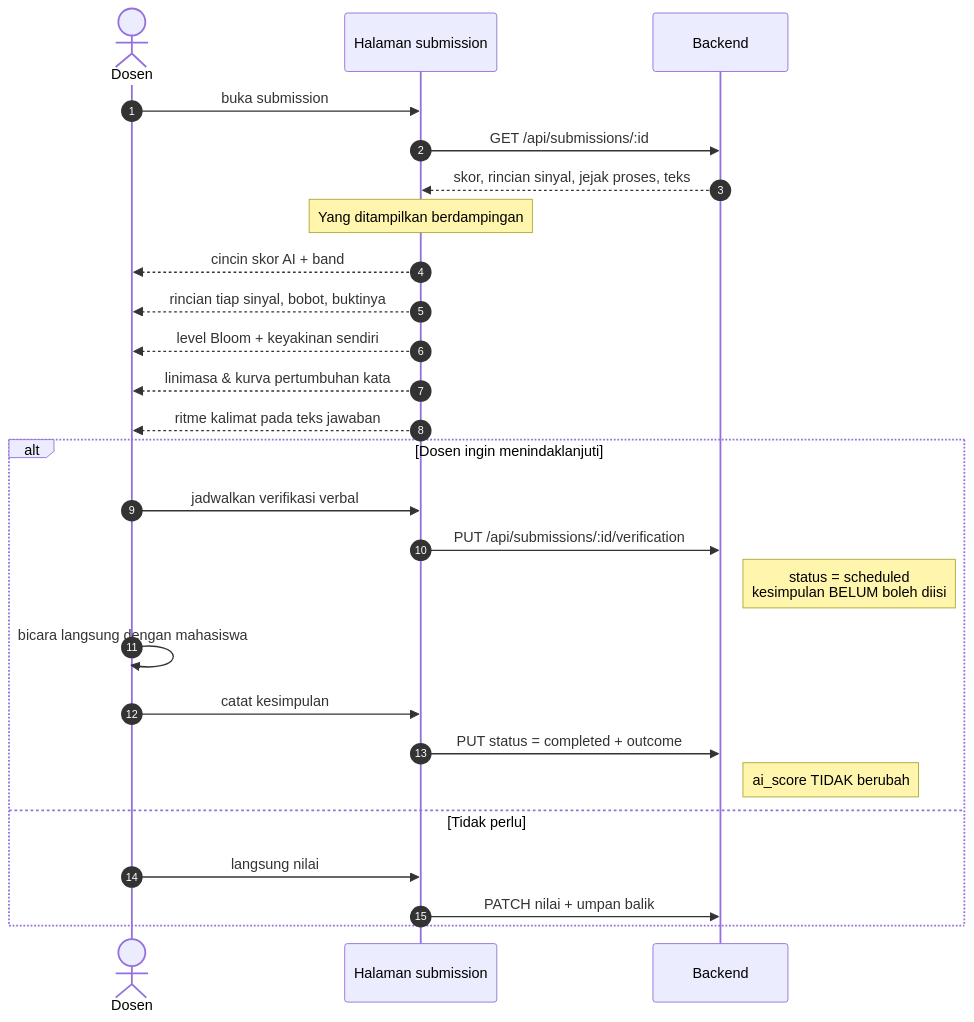
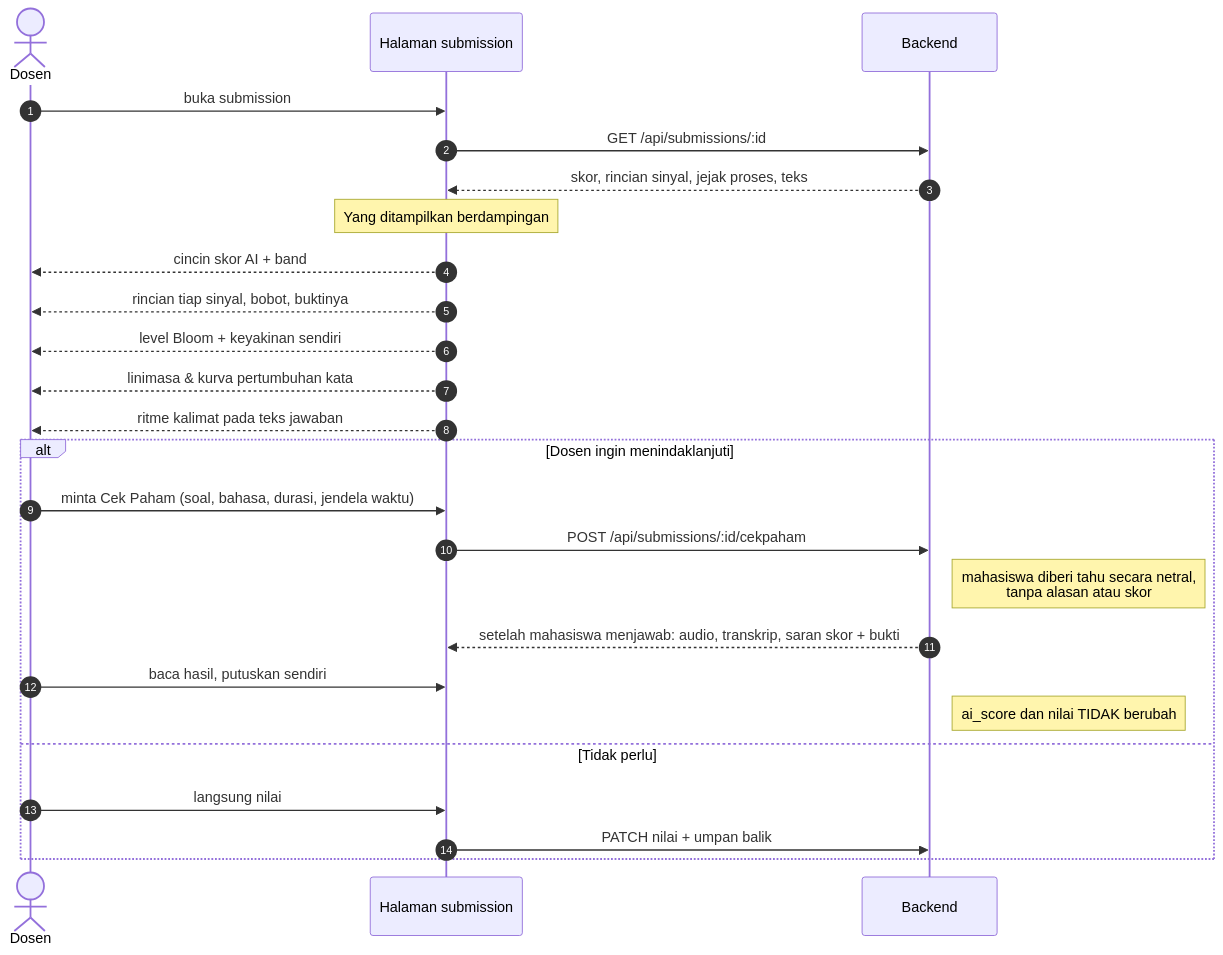
The third of 5 diagrams in diagram/02-alur-dosen.md (FadhRach/ThinkPath), drawn with Mermaid before and after one commit. The commit also changed other lines of this file and 23 other files, not shown here.

First line of the commit message:
docs: Cek Paham di README dan diagram, protokol evaluasi di ai_experiment

````diff
--- a/diagram/02-alur-dosen.md
+++ b/diagram/02-alur-dosen.md
@@ -77,31 +77,30 @@
 ```mermaid
 sequenceDiagram
     autonumber
     actor DS as Dosen
     participant UI as Halaman submission
     participant API as Backend
 
     DS->>UI: buka submission
     UI->>API: GET /api/submissions/:id
     API-->>UI: skor, rincian sinyal, jejak proses, teks
 
     Note over UI: Yang ditampilkan berdampingan
     UI-->>DS: cincin skor AI + band
     UI-->>DS: rincian tiap sinyal, bobot, buktinya
     UI-->>DS: level Bloom + keyakinan sendiri
     UI-->>DS: linimasa & kurva pertumbuhan kata
     UI-->>DS: ritme kalimat pada teks jawaban
 
     alt Dosen ingin menindaklanjuti
-        DS->>UI: jadwalkan verifikasi verbal
-        UI->>API: PUT /api/submissions/:id/verification
-        Note right of API: status = scheduled<br/>kesimpulan BELUM boleh diisi
-        DS->>DS: bicara langsung dengan mahasiswa
-        DS->>UI: catat kesimpulan
-        UI->>API: PUT status = completed + outcome
-        Note right of API: ai_score TIDAK berubah
+        DS->>UI: minta Cek Paham (soal, bahasa, durasi, jendela waktu)
+        UI->>API: POST /api/submissions/:id/cekpaham
+        Note right of API: mahasiswa diberi tahu secara netral,<br/>tanpa alasan atau skor
+        API-->>UI: setelah mahasiswa menjawab: audio, transkrip, saran skor + bukti
+        DS->>UI: baca hasil, putuskan sendiri
+        Note right of API: ai_score dan nilai TIDAK berubah
     else Tidak perlu
         DS->>UI: langsung nilai
         UI->>API: PATCH nilai + umpan balik
     end
 ```
````
